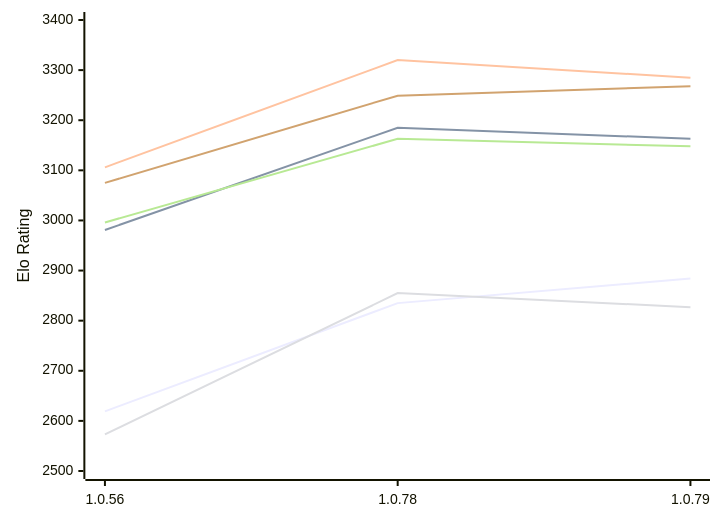
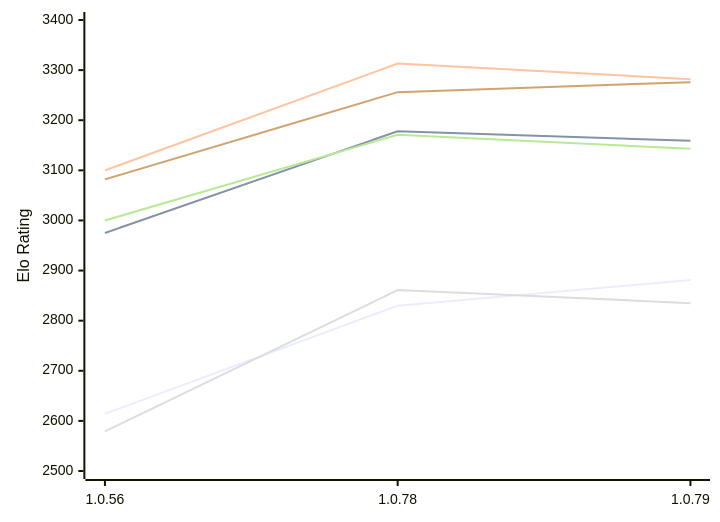
One commit to computer-chess-index/cci changed the first of 2 diagrams in engines/RustyRival.md. Above: the diagram before and after it, drawn with Mermaid. The commit also changed other lines of this file, not shown here.

Commit message:
Update CCI Ratings (ELO VLTC) - 2026-11-18

````diff
--- a/engines/RustyRival.md
+++ b/engines/RustyRival.md
@@ -65,12 +65,12 @@
 ```mermaid
 %%{init: {"theme":"base","themeVariables":{"seriesColors:['#a3a3a3','#222221','#faa371']}}}%%
 xychart-beta
   x-axis ["1.0.56", "1.0.78", "1.0.79"]
   y-axis "Elo Rating" 2500 --> 3400
-  line "E1: STC (8.0+0.08s)" [2619, 2835, 2884]
-  line "E1: LTC (60.0+0.60s)" [2981, 3185, 3163]
-  line "E1: VLTC (2m24s+1.12s)" [3106, 3320, 3285]
-  line "P1: STC (8.0+0.08s)" [2573, 2855, 2827]
-  line "P1: LTC (60.0+0.60s)" [2996, 3163, 3148]
-  line "P1: VLTC (2m24s+1.12s)" [3075, 3249, 3268]
+  line "E1: STC (8.0+0.08s)" [2614, 2830, 2881]
+  line "E1: LTC (60.0+0.60s)" [2975, 3178, 3159]
+  line "E1: VLTC (2m24s+1.12s)" [3100, 3313, 3282]
+  line "P1: STC (8.0+0.08s)" [2579, 2861, 2835]
+  line "P1: LTC (60.0+0.60s)" [3000, 3171, 3143]
+  line "P1: VLTC (2m24s+1.12s)" [3082, 3256, 3276]
 ```
````
